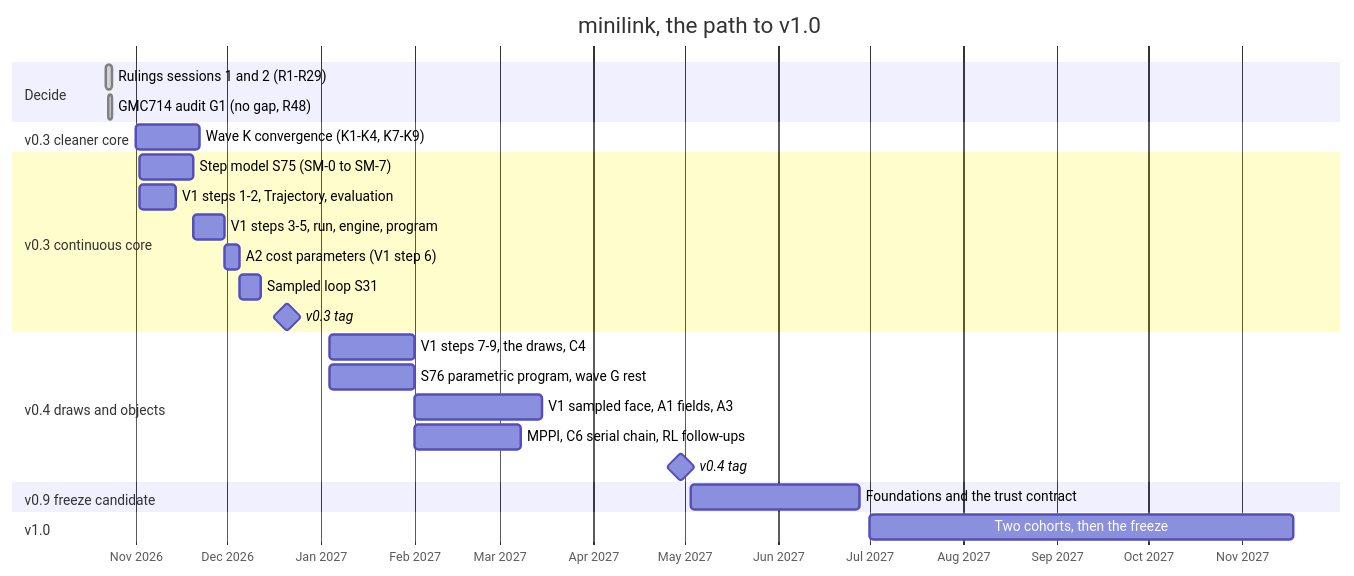
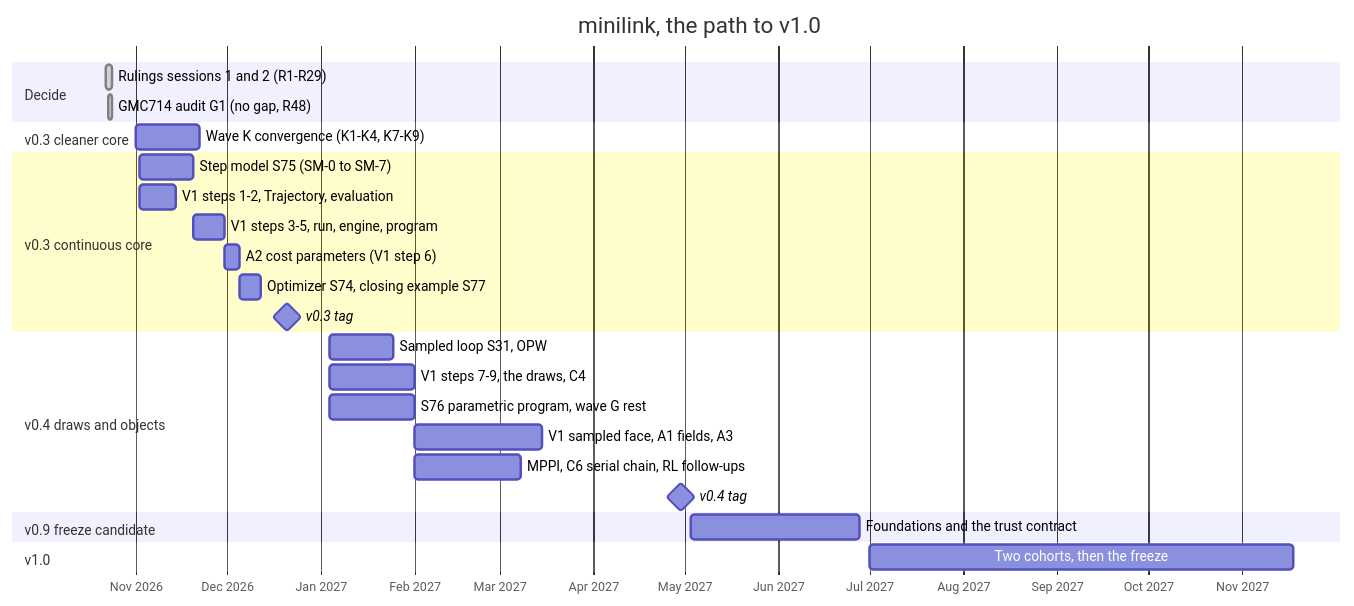
Before and after one commit to alx87grd/minilink: the diagram in docs/dev/ROADMAP.md, drawn with Mermaid. The commit also changed other lines of this file and 6 other files, not shown here.

````diff
--- a/docs/dev/ROADMAP.md
+++ b/docs/dev/ROADMAP.md
@@ -257,28 +257,29 @@
 ```mermaid
 gantt
     title minilink, the path to v1.0
     dateFormat YYYY-MM-DD
     axisFormat %b %Y
     section Decide
     Rulings sessions 1 and 2 (R1-R29)     :done, rul1, 2026-10-22, 2d
     GMC714 audit G1 (no gap, R48)         :done, g1, 2026-10-23, 1d
     section v0.3 cleaner core
     Wave K convergence (K1-K4, K7-K9)     :k, 2026-11-01, 3w
     section v0.3 continuous core
     Step model S75 (SM-0 to SM-7)         :s75, 2026-11-02, 18d
     V1 steps 1-2, Trajectory, evaluation  :v1a, 2026-11-02, 12d
     V1 steps 3-5, run, engine, program    :v1b, after s75, 10d
     A2 cost parameters (V1 step 6)        :a2, after v1b, 5d
-    Sampled loop S31                      :s31, after a2, 7d
+    Optimizer S74, closing example S77    :s74, after a2, 7d
     v0.3 tag                              :milestone, v03, 2026-12-21, 0d
     section v0.4 draws and objects
+    Sampled loop S31, OPW                 :s31, 2027-01-04, 3w
     V1 steps 7-9, the draws, C4           :v1c, 2027-01-04, 4w
     S76 parametric program, wave G rest   :s76, 2027-01-04, 4w
     V1 sampled face, A1 fields, A3        :a13, after v1c, 6w
     MPPI, C6 serial chain, RL follow-ups  :mp, after v1c, 5w
     v0.4 tag                              :milestone, v04, 2027-04-30, 0d
     section v0.9 freeze candidate
     Foundations and the trust contract    :v09, 2027-05-03, 8w
     section v1.0
     Two cohorts, then the freeze          :v10, 2027-07-01, 20w
 ```
````
